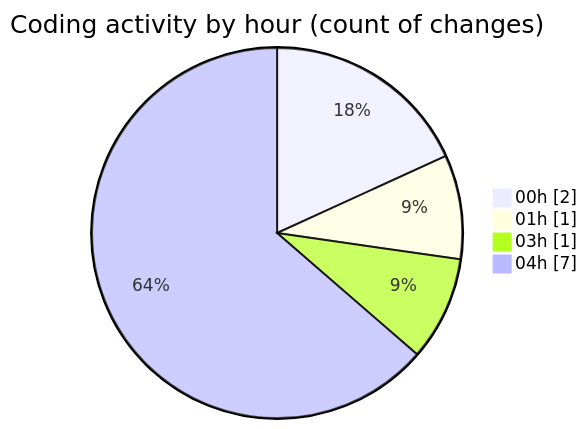
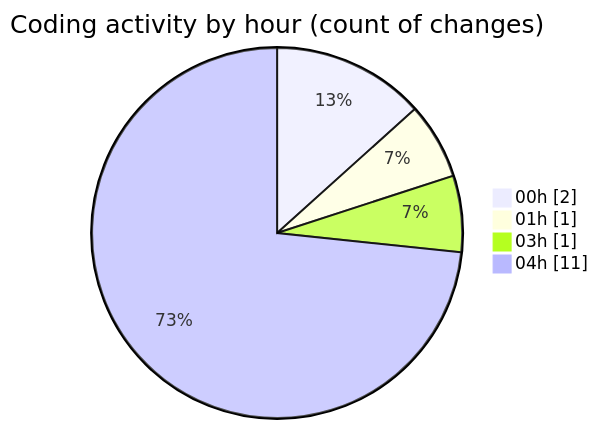
Before and after one commit to julien-gomy/code-tracking: the second of 2 diagrams in 2025-11-14/eventscop-api-guide__workspace_/README.md, drawn with Mermaid. The commit also changed other lines of this file and 1 other file, not shown here.

````diff
--- a/2025-11-14/eventscop-api-guide__workspace_/README.md
+++ b/2025-11-14/eventscop-api-guide__workspace_/README.md
@@ -32,8 +33,8 @@
 ```mermaid
 pie showData
 title Coding activity by hour (count of changes)
 "00h" : 2
 "01h" : 1
 "03h" : 1
-"04h" : 7
+"04h" : 11
 ```
````
